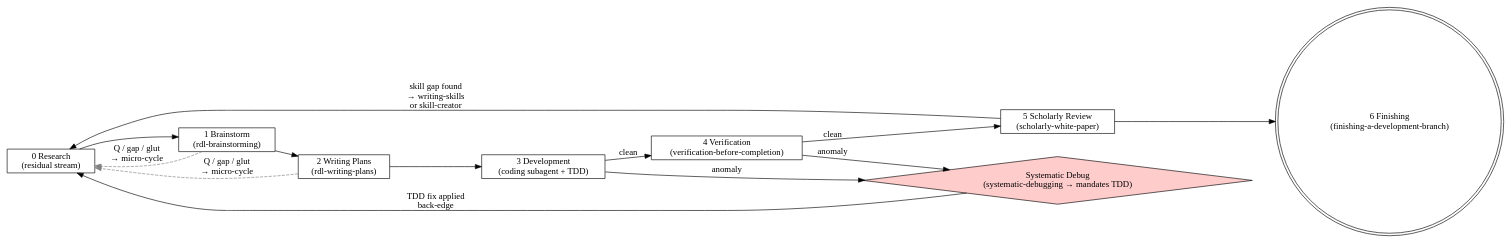
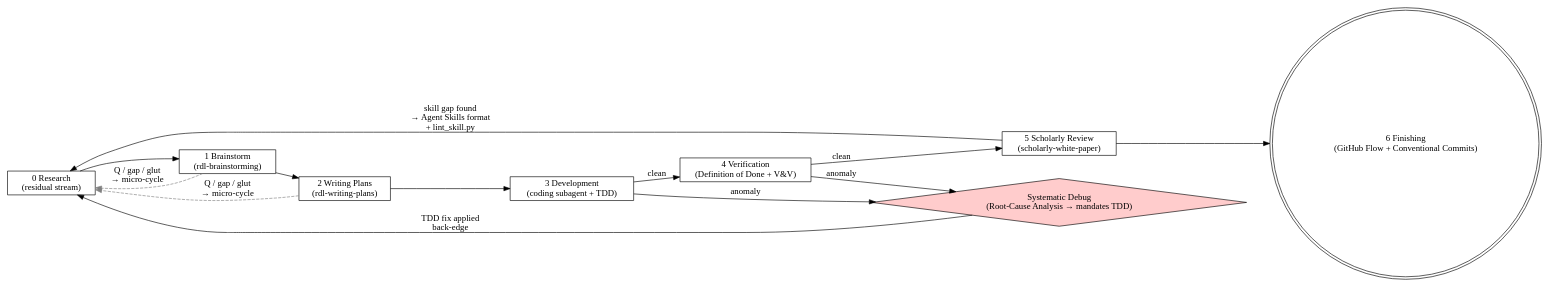
One commit to metavacua/AgentRD changed the diagram in skills/research-development-loop/SKILL.md. Above: the diagram before and after it, drawn with Graphviz. The commit also changed other lines of this file and 1 other file, not shown here.

Commit message:
fix: decouple the state-machine diagram (found by recursive RDL loop)
The prose was decoupled but the DOT diagram still named the superpowers skills as
the phase method (verification-before-completion, finishing-a-development-branch,
systematic-debugging, writing-skills/skill-creator) and no test caught it. Relabel
to the standards (RCA, DoD+V&V, GitHub Flow, Agent Skills format) and add a
credit-block-aware guardrail. Also neutralize the /skill-creator: UI-command example.

````diff
--- a/skills/research-development-loop/SKILL.md
+++ b/skills/research-development-loop/SKILL.md
@@ -40,28 +40,28 @@
 ```dot
 digraph rdloop {
   rankdir=LR;
   node [shape=box];
 
   research   [label="0 Research\n(residual stream)"];
   brainstorm [label="1 Brainstorm\n(rdl-brainstorming)"];
   plans      [label="2 Writing Plans\n(rdl-writing-plans)"];
   dev        [label="3 Development\n(coding subagent + TDD)"];
-  verify     [label="4 Verification\n(verification-before-completion)"];
+  verify     [label="4 Verification\n(Definition of Done + V&V)"];
   paper      [label="5 Scholarly Review\n(scholarly-white-paper)"];
-  finish     [label="6 Finishing\n(finishing-a-development-branch)", shape=doublecircle];
-  debug      [label="Systematic Debug\n(systematic-debugging → mandates TDD)", shape=diamond, style=filled, fillcolor="#ffcccc"];
+  finish     [label="6 Finishing\n(GitHub Flow + Conventional Commits)", shape=doublecircle];
+  debug      [label="Systematic Debug\n(Root-Cause Analysis → mandates TDD)", shape=diamond, style=filled, fillcolor="#ffcccc"];
 
   research   -> brainstorm;
   brainstorm -> plans;
   brainstorm -> research [label="Q / gap / glut\n→ micro-cycle", style=dashed, color=gray];
   plans      -> dev;
   plans      -> research [label="Q / gap / glut\n→ micro-cycle", style=dashed, color=gray];
   dev        -> debug    [label="anomaly"];
   dev        -> verify   [label="clean"];
   debug      -> research [label="TDD fix applied\nback-edge"];
   verify     -> debug    [label="anomaly"];
   verify     -> paper    [label="clean"];
   paper      -> finish;
-  paper      -> research [label="skill gap found\n→ writing-skills\nor skill-creator"];
+  paper      -> research [label="skill gap found\n→ Agent Skills format\n+ lint_skill.py"];
 }
 ```
````
